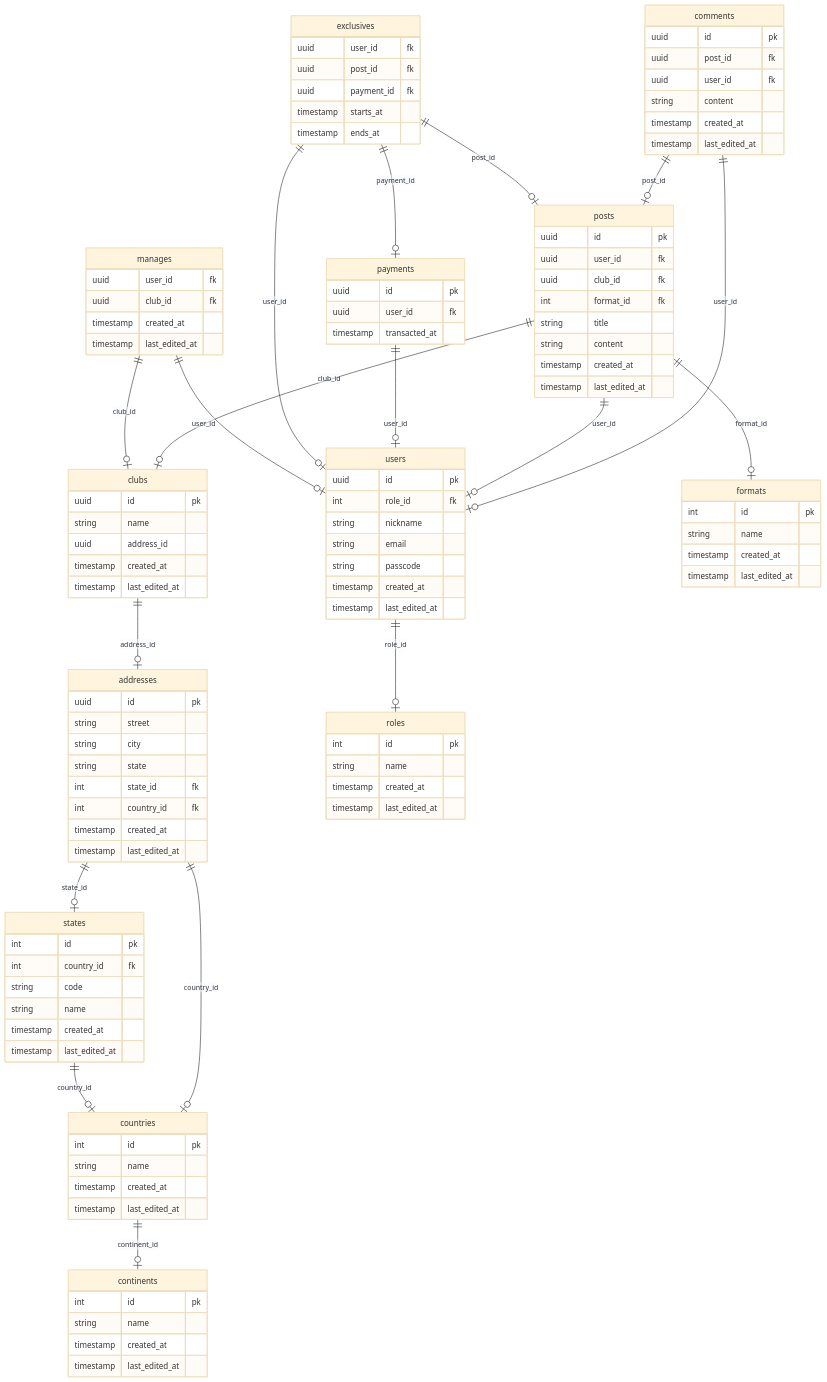
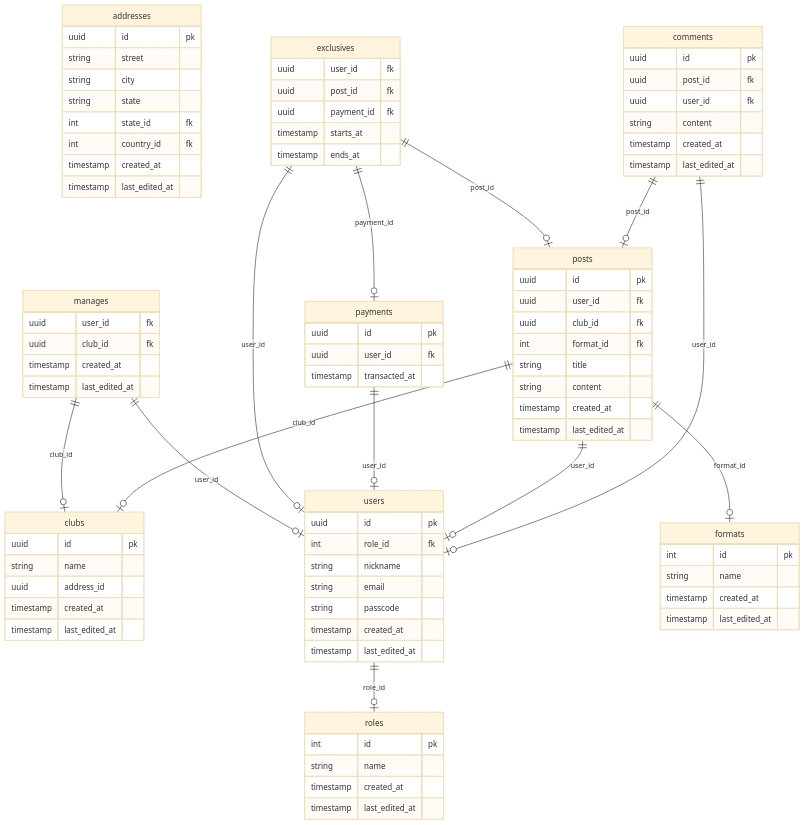
Before and after one commit to darren-mk/arcaneflare: the diagram in resources/docs/schema.mmd, drawn with Mermaid (base theme). The commit also changed 6 other files, not shown here.

```diff
--- a/resources/docs/schema.mmd
+++ b/resources/docs/schema.mmd
@@ -1,112 +1,87 @@
 erDiagram
 
-    continents {
-    int id pk
-    string name
-    timestamp created_at
-    timestamp last_edited_at }
-
-    countries ||--o| continents : continent_id
-    countries {
-    int id pk
-    string name
-    timestamp created_at
-    timestamp last_edited_at }
-
-    states ||--o| countries : country_id
-    states {
-    int id pk
-    int country_id fk
-    string code
-    string name
-    timestamp created_at
-    timestamp last_edited_at }
-
-    addresses ||--o| states : state_id
-    addresses ||--o| countries : country_id
     addresses {
     uuid id pk
     string street
     string city
     string state
     int state_id fk
     int country_id fk
     timestamp created_at
     timestamp last_edited_at }
 
-    clubs ||--o| addresses : address_id
     clubs {
     uuid id pk
     string name
     uuid address_id
     timestamp created_at
     timestamp last_edited_at }
 
     users ||--o| roles : role_id
     users {
     uuid id pk
     int role_id fk
     string nickname
     string email
     string passcode
     timestamp created_at
     timestamp last_edited_at }
 
     manages ||--o| users : user_id
     manages ||--o| clubs : club_id
     manages {
     uuid user_id fk
     uuid club_id fk
     timestamp created_at
     timestamp last_edited_at }
 
     exclusives ||--o| users : user_id
     exclusives ||--o| posts : post_id
     exclusives ||--o| payments : payment_id
     exclusives {
     uuid user_id fk
     uuid post_id fk
     uuid payment_id fk
     timestamp starts_at
     timestamp ends_at }
 
     payments ||--o| users : user_id
     payments {
     uuid id pk
     uuid user_id fk
     timestamp transacted_at }
 
     roles {
     int id pk
     string name
     timestamp created_at
     timestamp last_edited_at }
 
     formats {
     int id pk
     string name
     timestamp created_at
     timestamp last_edited_at }
 
     posts ||--o| users : user_id
     posts ||--o| clubs : club_id
     posts ||--o| formats : format_id
     posts {
     uuid id pk
     uuid user_id fk
     uuid club_id fk
     int format_id fk
     string title
     string content
     timestamp created_at
     timestamp last_edited_at }
 
     comments ||--o| posts : post_id
     comments ||--o| users : user_id
     comments {
     uuid id pk
     uuid post_id fk
     uuid user_id fk
     string content
     timestamp created_at
     timestamp last_edited_at }
```
